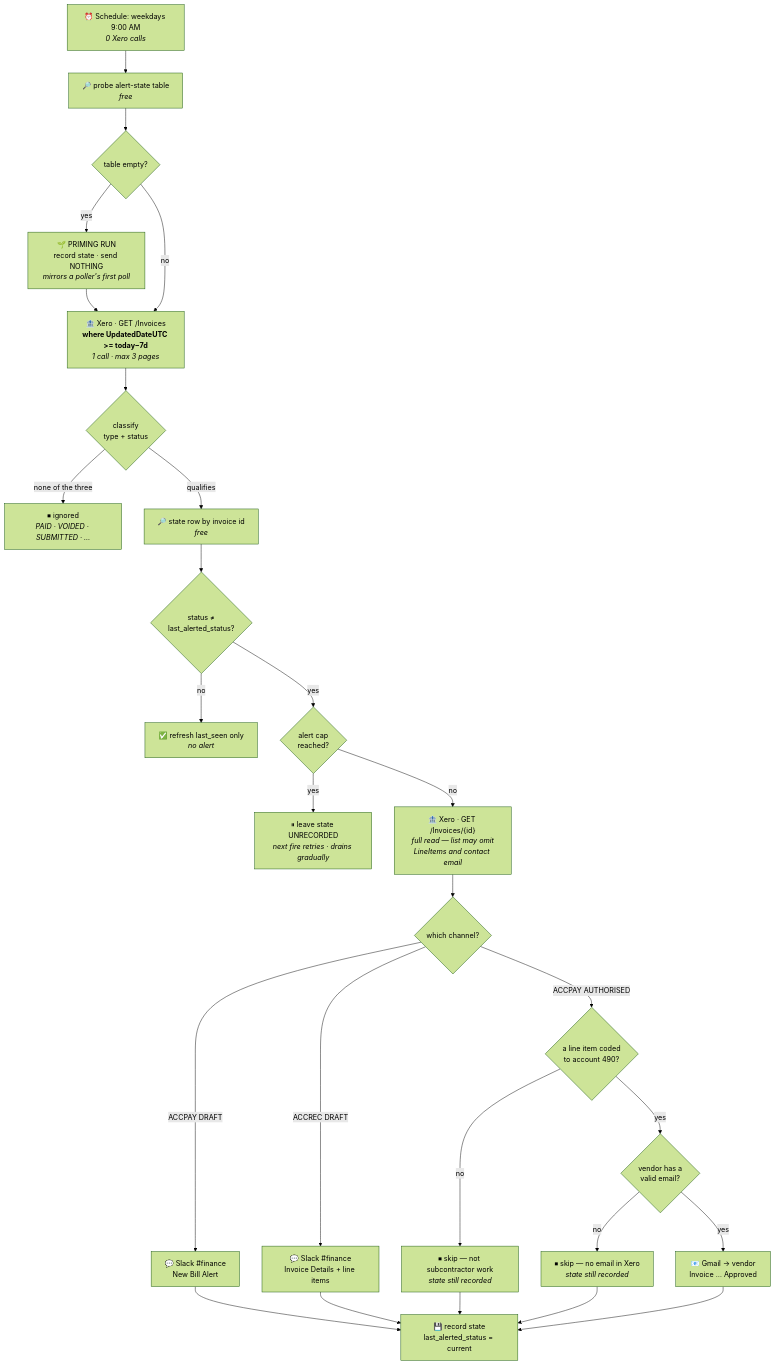
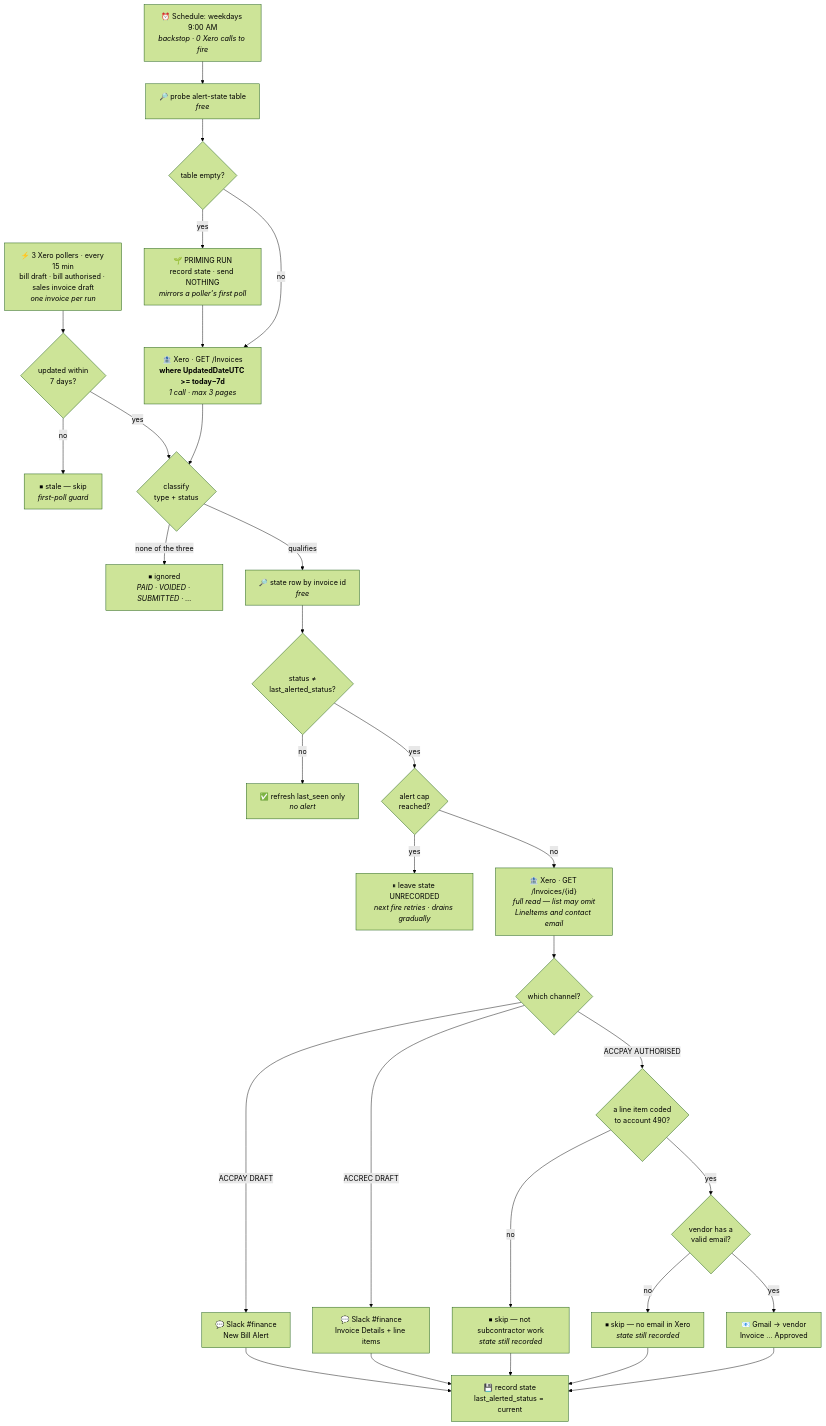
The diagram in xero-invoice-alerts/README.md (work-flowers/zapier-sdk), drawn with Mermaid (forest theme) before and after one commit. The commit also changed other lines of this file and 9 other files, not shown here.

First line of the commit message:
xero-invoice-alerts + bank transactions: 15-minute Xero poller deployments

````diff
--- a/xero-invoice-alerts/README.md
+++ b/xero-invoice-alerts/README.md
@@ -36,32 +56,35 @@
 ```mermaid
 flowchart TD
-    T["⏰ Schedule: weekdays 9:00 AM<br/><i>0 Xero calls</i>"] --> P["🔎 probe alert-state table<br/><i>free</i>"]
+    PL["⚡ 3 Xero pollers · every 15 min<br/>bill draft · bill authorised · sales invoice draft<br/><i>one invoice per run</i>"] --> AGE{"updated within<br/>7 days?"}
+    AGE -- no --> STALE["⏹ stale — skip<br/><i>first-poll guard</i>"]
+    AGE -- yes --> C
+    T["⏰ Schedule: weekdays 9:00 AM<br/><i>backstop · 0 Xero calls to fire</i>"] --> P["🔎 probe alert-state table<br/><i>free</i>"]
     P --> PR{"table empty?"}
     PR -- "yes" --> PRIME["🌱 PRIMING RUN<br/>record state · send NOTHING<br/><i>mirrors a poller's first poll</i>"]
     PR -- "no" --> Q
     PRIME --> Q
     Q["🏦 Xero · GET /Invoices<br/><b>where UpdatedDateUTC >= today−7d</b><br/><i>1 call · max 3 pages</i>"]
     Q --> C{"classify<br/>type + status"}
     C -- "none of the three" --> IG["⏹ ignored<br/><i>PAID · VOIDED · SUBMITTED · …</i>"]
     C -- "qualifies" --> S["🔎 state row by invoice id<br/><i>free</i>"]
     S --> D{"status ≠<br/>last_alerted_status?"}
     D -- no --> TOUCH["✅ refresh last_seen only<br/><i>no alert</i>"]
     D -- yes --> CAP{"alert cap<br/>reached?"}
     CAP -- yes --> HOLD["⏸ leave state UNRECORDED<br/><i>next fire retries · drains gradually</i>"]
     CAP -- no --> F["🏦 Xero · GET /Invoices/{id}<br/><i>full read — list may omit<br/>LineItems and contact email</i>"]
     F --> R{"which channel?"}
 
     R -- "ACCPAY DRAFT" --> SB["💬 Slack #finance<br/>New Bill Alert"]
     R -- "ACCREC DRAFT" --> SS["💬 Slack #finance<br/>Invoice Details + line items"]
     R -- "ACCPAY AUTHORISED" --> G1{"a line item coded<br/>to account 490?"}
     G1 -- no --> SK1["⏹ skip — not subcontractor work<br/><i>state still recorded</i>"]
     G1 -- yes --> G2{"vendor has a<br/>valid email?"}
     G2 -- no --> SK2["⏹ skip — no email in Xero<br/><i>state still recorded</i>"]
     G2 -- yes --> EM["📧 Gmail → vendor<br/>Invoice … Approved"]
 
     SB --> W["💾 record state<br/>last_alerted_status = current"]
     SS --> W
     EM --> W
     SK1 --> W
     SK2 --> W
 ```
````
